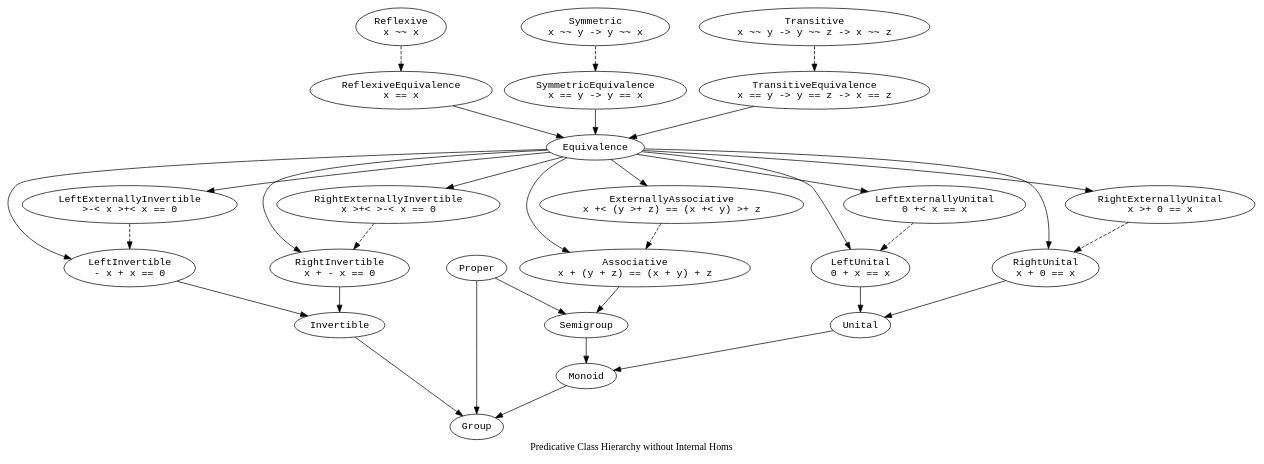
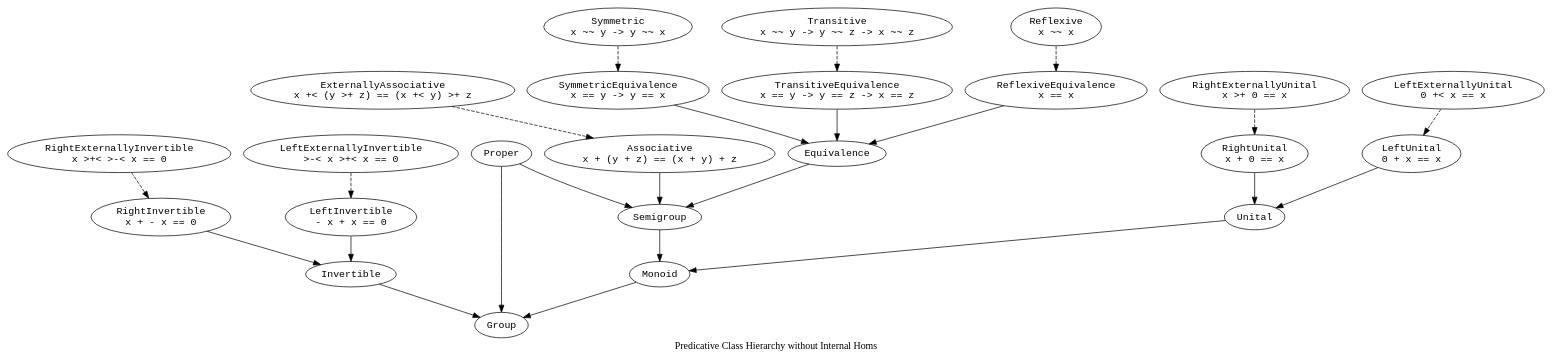
Before and after one commit to Tuplanolla/dez: the diagram in prototype/theories/is.dot, drawn with Graphviz. The commit also changed 11 other files, not shown here.

```diff
--- a/prototype/theories/is.dot
+++ b/prototype/theories/is.dot
@@ -1,67 +1,58 @@
 digraph Is {
   label = "Predicative Class Hierarchy without Internal Homs"
 
   node [fontname = monospace]
 
   Assoc [label = "Associative\nx + (y + z) == (x + y) + z"]
   Eq [label = "Equivalence"]
   ExtAssoc [label = "ExternallyAssociative\nx +< (y >+ z) == (x +< y) >+ z"]
   Grp [label = "Group"]
   Inv [label = "Invertible"]
   LExtInv [label = "LeftExternallyInvertible\n>-< x >+< x == 0"]
   LExtUn [label = "LeftExternallyUnital\n0 +< x == x"]
   LInv [label = "LeftInvertible\n- x + x == 0"]
   LUn [label = "LeftUnital\n0 + x == x"]
   Mon [label = "Monoid"]
   Proper [label = "Proper"]
   RExtInv [label = "RightExternallyInvertible\nx >+< >-< x == 0"]
   RExtUn [label = "RightExternallyUnital\nx >+ 0 == x"]
   RInv [label = "RightInvertible\nx + - x == 0"]
   RUn [label = "RightUnital\nx + 0 == x"]
   Refl [label = "Reflexive\nx ~~ x"]
   ReflEq [label = "ReflexiveEquivalence\nx == x"]
-  SGrp [label = "Semigroup"]
+  Sgrp [label = "Semigroup"]
   Sym [label = "Symmetric\nx ~~ y -> y ~~ x"]
   SymEq [label = "SymmetricEquivalence\nx == y -> y == x"]
   Trans [label = "Transitive\nx ~~ y -> y ~~ z -> x ~~ z"]
   TransEq [label = "TransitiveEquivalence\nx == y -> y == z -> x == z"]
   Un [label = "Unital"]
 
   edge [style = solid]
 
-  Assoc -> SGrp
-  Eq -> Assoc
-  Eq -> ExtAssoc
-  Eq -> LExtInv
-  Eq -> LExtUn
-  Eq -> LInv
-  Eq -> LUn
-  Eq -> RExtInv
-  Eq -> RExtUn
-  Eq -> RInv
-  Eq -> RUn
+  Assoc -> Sgrp
+  Eq -> Sgrp
   Inv -> Grp
   LInv -> Inv
   LUn -> Un
   Mon -> Grp
   Proper -> Grp
-  Proper -> SGrp
+  Proper -> Sgrp
   RInv -> Inv
   RUn -> Un
   ReflEq -> Eq
-  SGrp -> Mon
+  Sgrp -> Mon
   SymEq -> Eq
   TransEq -> Eq
   Un -> Mon
 
   edge [style = dashed]
 
   ExtAssoc -> Assoc
   LExtInv -> LInv
   LExtUn -> LUn
   RExtInv -> RInv
   RExtUn -> RUn
   Refl -> ReflEq
   Sym -> SymEq
   Trans -> TransEq
 }
```
